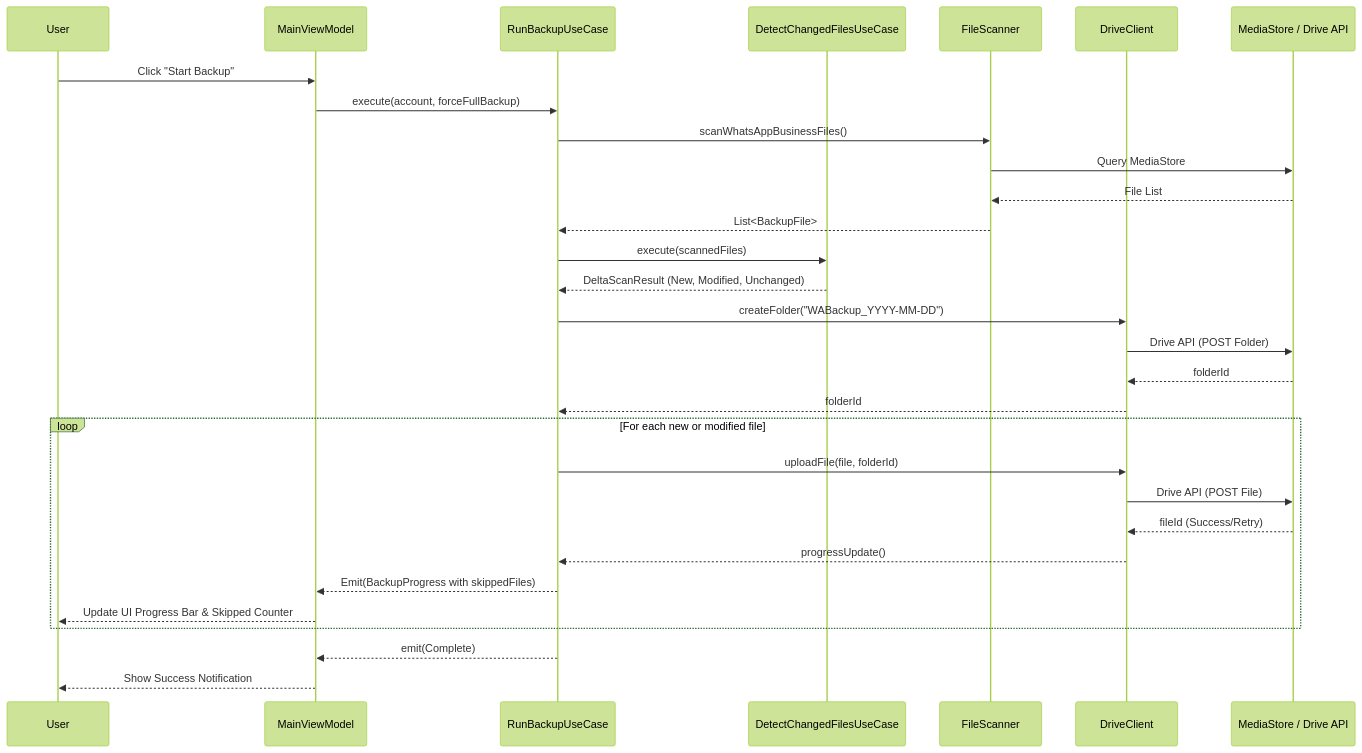
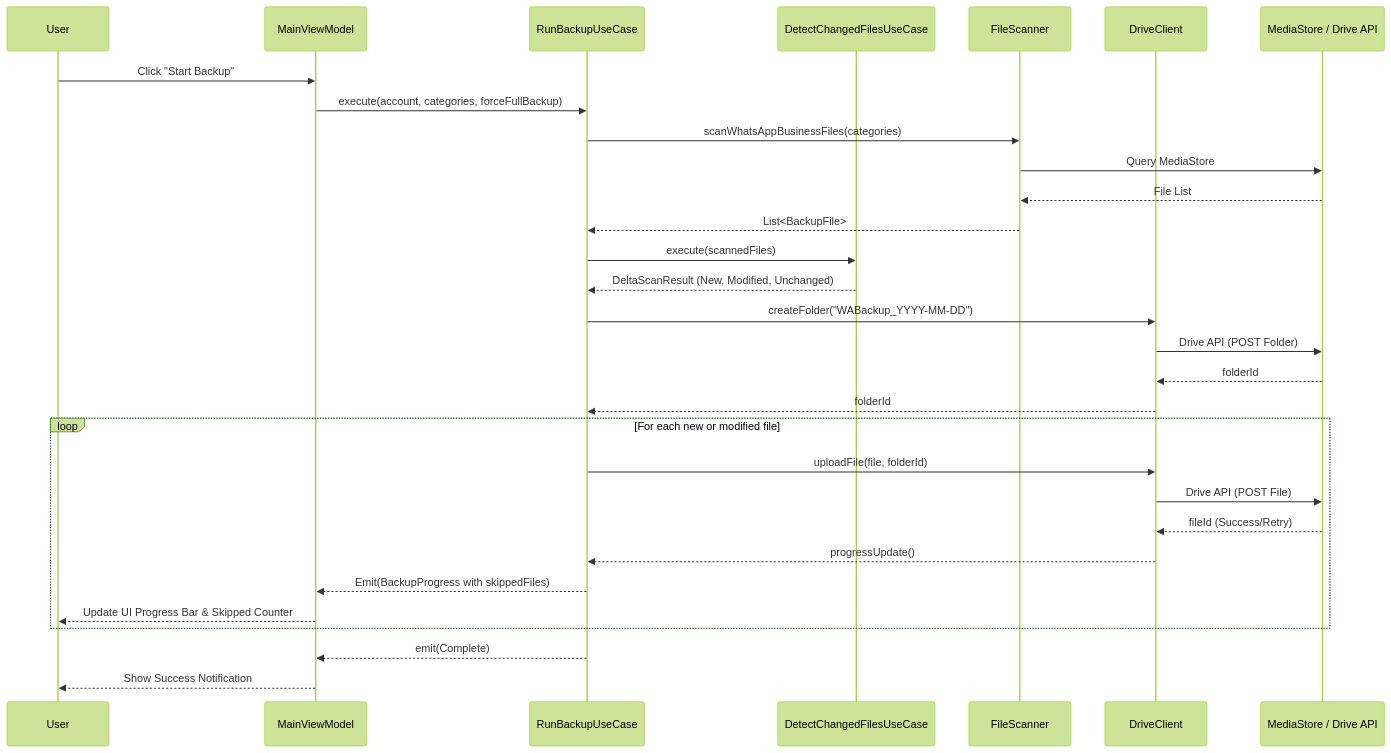
The seventh of 7 diagrams in README.md (nandakumar-nandu/WABackupPro), drawn with Mermaid (forest theme) before and after one commit. The commit also changed other lines of this file and 13 other files, not shown here.

First line of the commit message:
feat: selective backup categories (Documents, Images, Video, Audio, Voice Notes)

````diff
--- a/README.md
+++ b/README.md
@@ -112,33 +122,33 @@
 ```mermaid
 sequenceDiagram
     participant User
     participant VM as MainViewModel
     participant UC as RunBackupUseCase
     participant DCUC as DetectChangedFilesUseCase
     participant FS as FileScanner
     participant DC as DriveClient
     participant MS as MediaStore / Drive API
 
     User->>VM: Click "Start Backup"
-    VM->>UC: execute(account, forceFullBackup)
-    UC->>FS: scanWhatsAppBusinessFiles()
+    VM->>UC: execute(account, categories, forceFullBackup)
+    UC->>FS: scanWhatsAppBusinessFiles(categories)
     FS->>MS: Query MediaStore
     MS-->>FS: File List
     FS-->>UC: List<BackupFile>
     UC->>DCUC: execute(scannedFiles)
     DCUC-->>UC: DeltaScanResult (New, Modified, Unchanged)
     UC->>DC: createFolder("WABackup_YYYY-MM-DD")
     DC->>MS: Drive API (POST Folder)
     MS-->>DC: folderId
     DC-->>UC: folderId
     loop For each new or modified file
         UC->>DC: uploadFile(file, folderId)
         DC->>MS: Drive API (POST File)
         MS-->>DC: fileId (Success/Retry)
         DC-->>UC: progressUpdate()
         UC-->>VM: Emit(BackupProgress with skippedFiles)
         VM-->>User: Update UI Progress Bar & Skipped Counter
     end
     UC-->>VM: emit(Complete)
     VM-->>User: Show Success Notification
 ```
````
